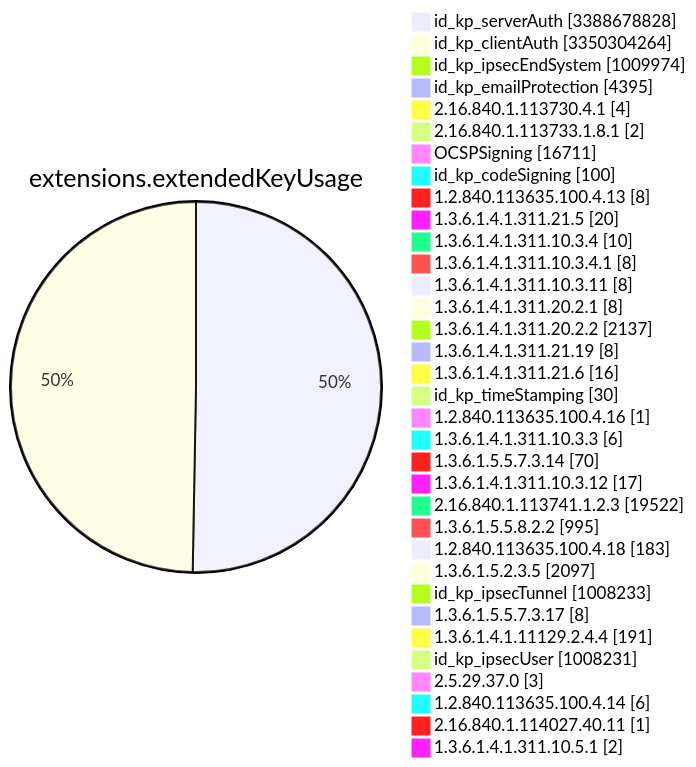
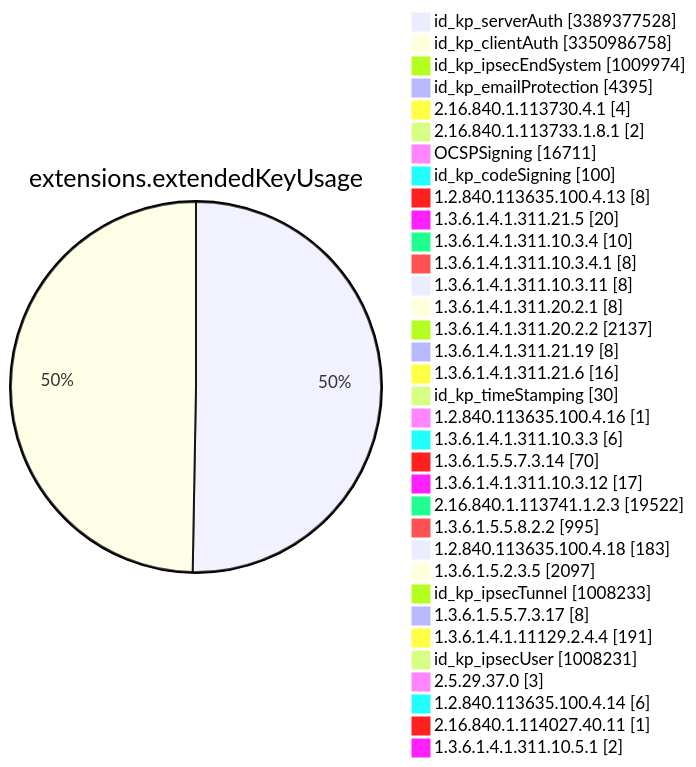
Before and after one commit to christiankrug/ctmonitor_visualization: diagram 11 of 15 in TOTAL/README.md, drawn with Mermaid. The commit also changed other lines of this file, not shown here.

````diff
--- a/TOTAL/README.md
+++ b/TOTAL/README.md
@@ -4121,38 +4121,38 @@
 ```mermaid
 pie showData
 title extensions.extendedKeyUsage
-"id_kp_serverAuth" :3388678828
-"id_kp_clientAuth" :3350304264
+"id_kp_serverAuth" :3389377528
+"id_kp_clientAuth" :3350986758
 "id_kp_ipsecEndSystem" :1009974
 "id_kp_emailProtection" :4395
 "2.16.840.1.113730.4.1" :4
 "2.16.840.1.113733.1.8.1" :2
 "OCSPSigning" :16711
 "id_kp_codeSigning" :100
 "1.2.840.113635.100.4.13" :8
 "1.3.6.1.4.1.311.21.5" :20
 "1.3.6.1.4.1.311.10.3.4" :10
 "1.3.6.1.4.1.311.10.3.4.1" :8
 "1.3.6.1.4.1.311.10.3.11" :8
 "1.3.6.1.4.1.311.20.2.1" :8
 "1.3.6.1.4.1.311.20.2.2" :2137
 "1.3.6.1.4.1.311.21.19" :8
 "1.3.6.1.4.1.311.21.6" :16
 "id_kp_timeStamping" :30
 "1.2.840.113635.100.4.16" :1
 "1.3.6.1.4.1.311.10.3.3" :6
 "1.3.6.1.5.5.7.3.14" :70
 "1.3.6.1.4.1.311.10.3.12" :17
 "2.16.840.1.113741.1.2.3" :19522
 "1.3.6.1.5.5.8.2.2" :995
 "1.2.840.113635.100.4.18" :183
 "1.3.6.1.5.2.3.5" :2097
 "id_kp_ipsecTunnel" :1008233
 "1.3.6.1.5.5.7.3.17" :8
 "1.3.6.1.4.1.11129.2.4.4" :191
 "id_kp_ipsecUser" :1008231
 "2.5.29.37.0" :3
 "1.2.840.113635.100.4.14" :6
 "2.16.840.1.114027.40.11" :1
 "1.3.6.1.4.1.311.10.5.1" :2
 ```
````
